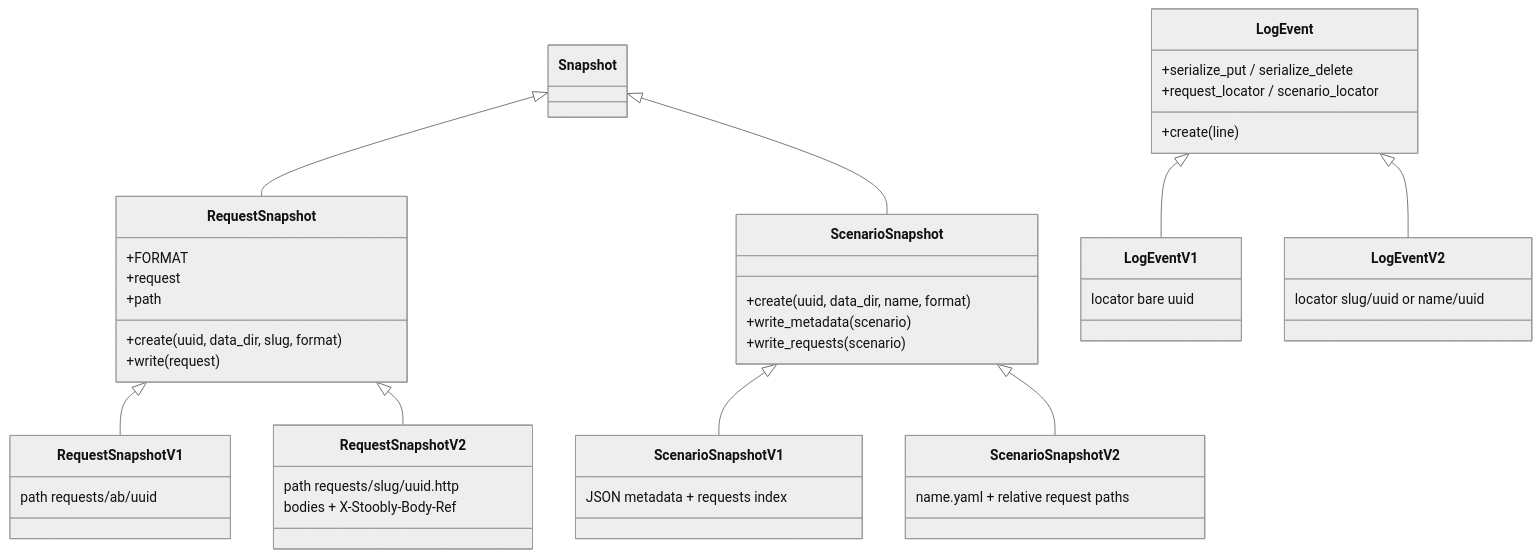
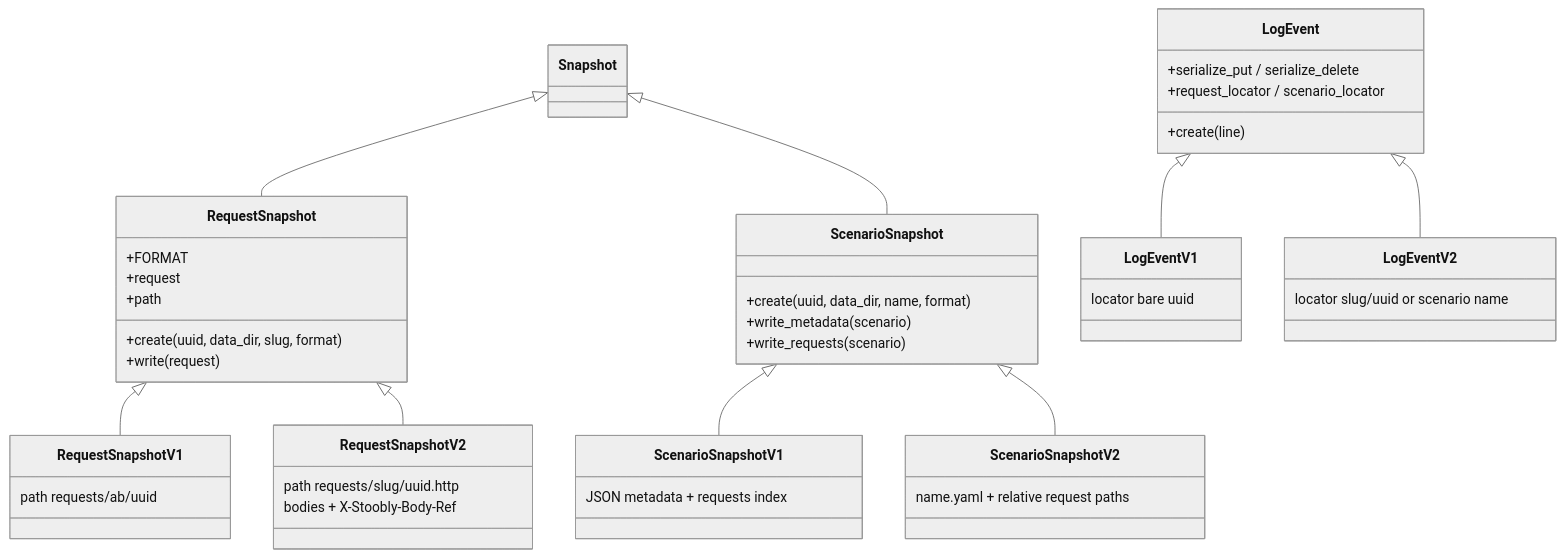
One commit to Stoobly/stoobly-agent changed the second of 2 diagrams in docs/snapshot-create.md. Above: the diagram before and after it, drawn with Mermaid (neutral theme). The commit also changed other lines of this file and 10 other files, not shown here.

````diff
--- a/docs/snapshot-create.md
+++ b/docs/snapshot-create.md
@@ -40,48 +40,48 @@
 ```mermaid
 classDiagram
   Snapshot <|-- RequestSnapshot
   RequestSnapshot <|-- RequestSnapshotV1
   RequestSnapshot <|-- RequestSnapshotV2
   Snapshot <|-- ScenarioSnapshot
   ScenarioSnapshot <|-- ScenarioSnapshotV1
   ScenarioSnapshot <|-- ScenarioSnapshotV2
   LogEvent <|-- LogEventV1
   LogEvent <|-- LogEventV2
 
   class RequestSnapshot {
     +create(uuid, data_dir, slug, format)
     +FORMAT
     +write(request)
     +request
     +path
   }
   class RequestSnapshotV1 {
     path requests/ab/uuid
   }
   class RequestSnapshotV2 {
     path requests/slug/uuid.http
     bodies + X-Stoobly-Body-Ref
   }
   class ScenarioSnapshot {
     +create(uuid, data_dir, name, format)
     +write_metadata(scenario)
     +write_requests(scenario)
   }
   class ScenarioSnapshotV1 {
     JSON metadata + requests index
   }
   class ScenarioSnapshotV2 {
     name.yaml + relative request paths
   }
   class LogEvent {
     +create(line)
     +serialize_put / serialize_delete
     +request_locator / scenario_locator
   }
   class LogEventV1 {
     locator bare uuid
   }
   class LogEventV2 {
-    locator slug/uuid or name/uuid
+    locator slug/uuid or scenario name
   }
 ```
````
